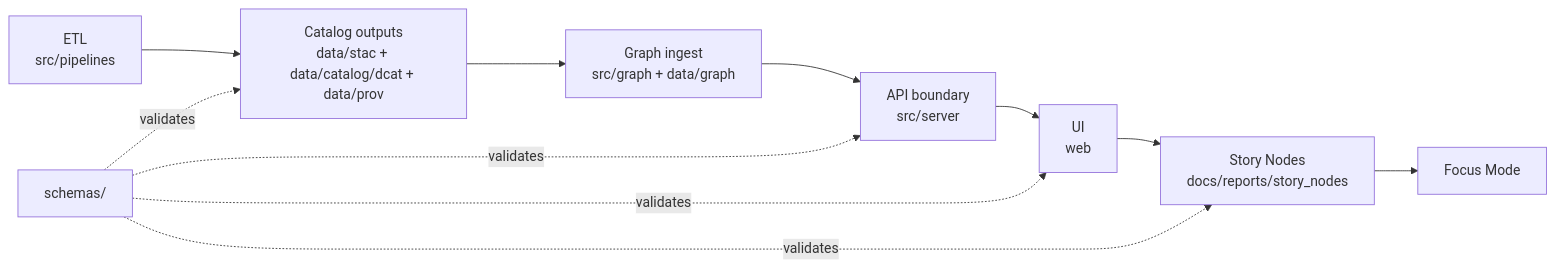
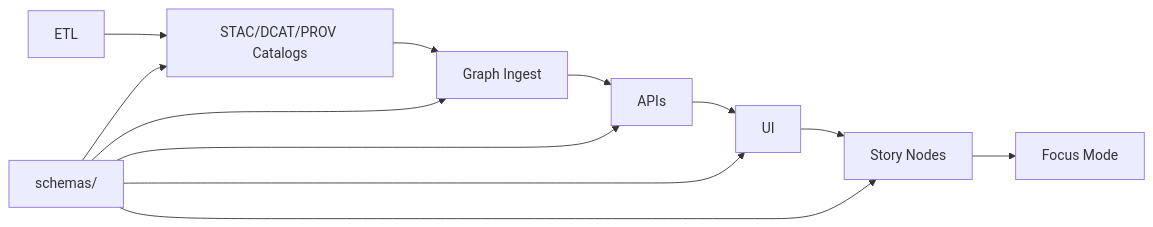
One commit to bartytime4life/Kansas-Frontier-Matrix changed the first of 2 diagrams in schemas/README.md. Above: the diagram before and after it, drawn with Mermaid. The commit also changed other lines of this file, not shown here.

```diff
--- a/schemas/README.md
+++ b/schemas/README.md
@@ -170,14 +216,15 @@
 ~~~mermaid
 flowchart LR
-  A[ETL<br/>src/pipelines] --> B[Catalog outputs<br/>data/stac + data/catalog/dcat + data/prov]
-  B --> C[Graph ingest<br/>src/graph + data/graph]
-  C --> D[API boundary<br/>src/server]
-  D --> E[UI<br/>web]
-  E --> F[Story Nodes<br/>docs/reports/story_nodes]
+  A[ETL] --> B[STAC/DCAT/PROV Catalogs]
+  B --> C[Graph Ingest]
+  C --> D[APIs]
+  D --> E[UI]
+  E --> F[Story Nodes]
   F --> G[Focus Mode]
 
-  S[schemas/] -. validates .-> B
-  S -. validates .-> D
-  S -. validates .-> E
-  S -. validates .-> F
+  S[schemas/] --> B
+  S --> C
+  S --> D
+  S --> E
+  S --> F
 ~~~
```
